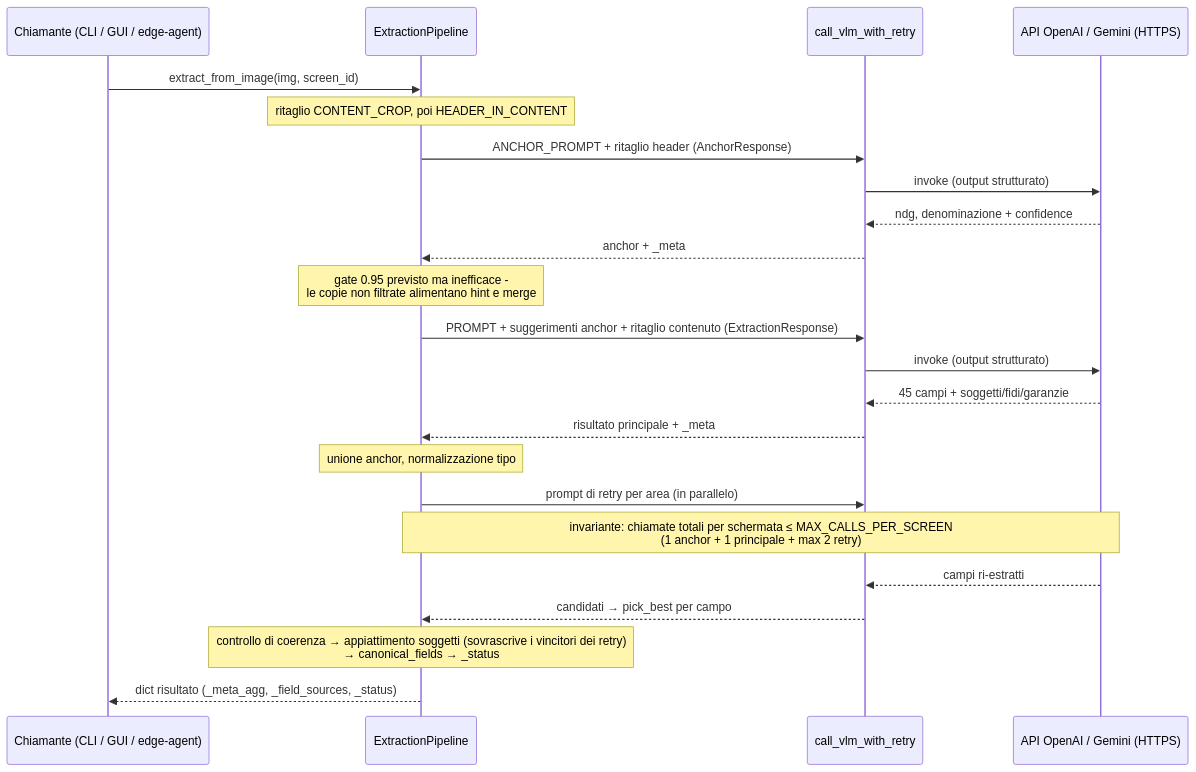
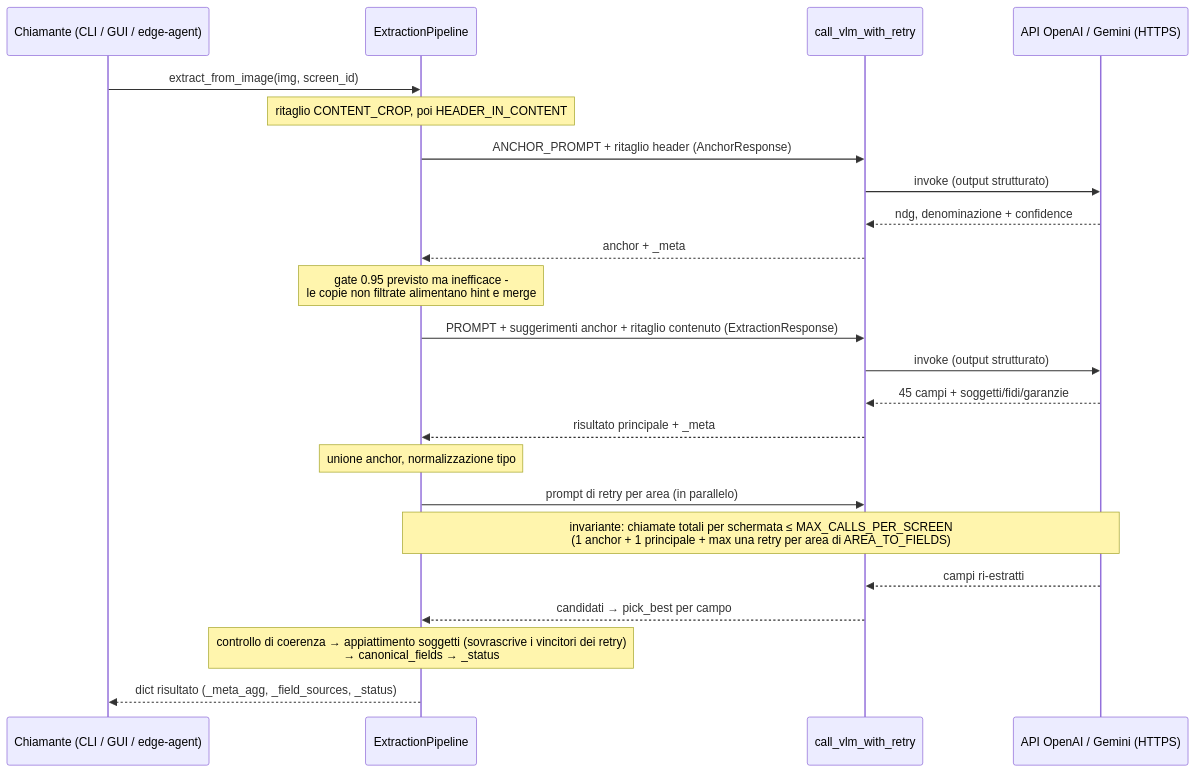
Before and after one commit to acaprino/MOL-BPER-OCR: the second of 7 diagrams in docs/05-workflows.md, drawn with Mermaid. The commit also changed other lines of this file and 31 other files, not shown here.

````diff
--- a/docs/05-workflows.md
+++ b/docs/05-workflows.md
@@ -59,26 +59,26 @@
 ```mermaid
 sequenceDiagram
     participant Caller as Chiamante (CLI / GUI / edge-agent)
     participant Pipe as ExtractionPipeline
     participant VLM as call_vlm_with_retry
     participant API as API OpenAI / Gemini (HTTPS)
 
     Caller->>Pipe: extract_from_image(img, screen_id)
     Note over Pipe: ritaglio CONTENT_CROP, poi HEADER_IN_CONTENT
     Pipe->>VLM: ANCHOR_PROMPT + ritaglio header (AnchorResponse)
     VLM->>API: invoke (output strutturato)
     API-->>VLM: ndg, denominazione + confidence
     VLM-->>Pipe: anchor + _meta
     Note over Pipe: gate 0.95 previsto ma inefficace -<br/>le copie non filtrate alimentano hint e merge
     Pipe->>VLM: PROMPT + suggerimenti anchor + ritaglio contenuto (ExtractionResponse)
     VLM->>API: invoke (output strutturato)
     API-->>VLM: 45 campi + soggetti/fidi/garanzie
     VLM-->>Pipe: risultato principale + _meta
     Note over Pipe: unione anchor, normalizzazione tipo
     Pipe->>VLM: prompt di retry per area (in parallelo)
-    Note over Pipe,API: invariante: chiamate totali per schermata ≤ MAX_CALLS_PER_SCREEN<br/>(1 anchor + 1 principale + max 2 retry)
+    Note over Pipe,API: invariante: chiamate totali per schermata ≤ MAX_CALLS_PER_SCREEN<br/>(1 anchor + 1 principale + max una retry per area di AREA_TO_FIELDS)
     API-->>VLM: campi ri-estratti
     VLM-->>Pipe: candidati → pick_best per campo
     Note over Pipe: controllo di coerenza → appiattimento soggetti (sovrascrive i vincitori dei retry)<br/>→ canonical_fields → _status
     Pipe-->>Caller: dict risultato (_meta_agg, _field_sources, _status)
 ```
````
